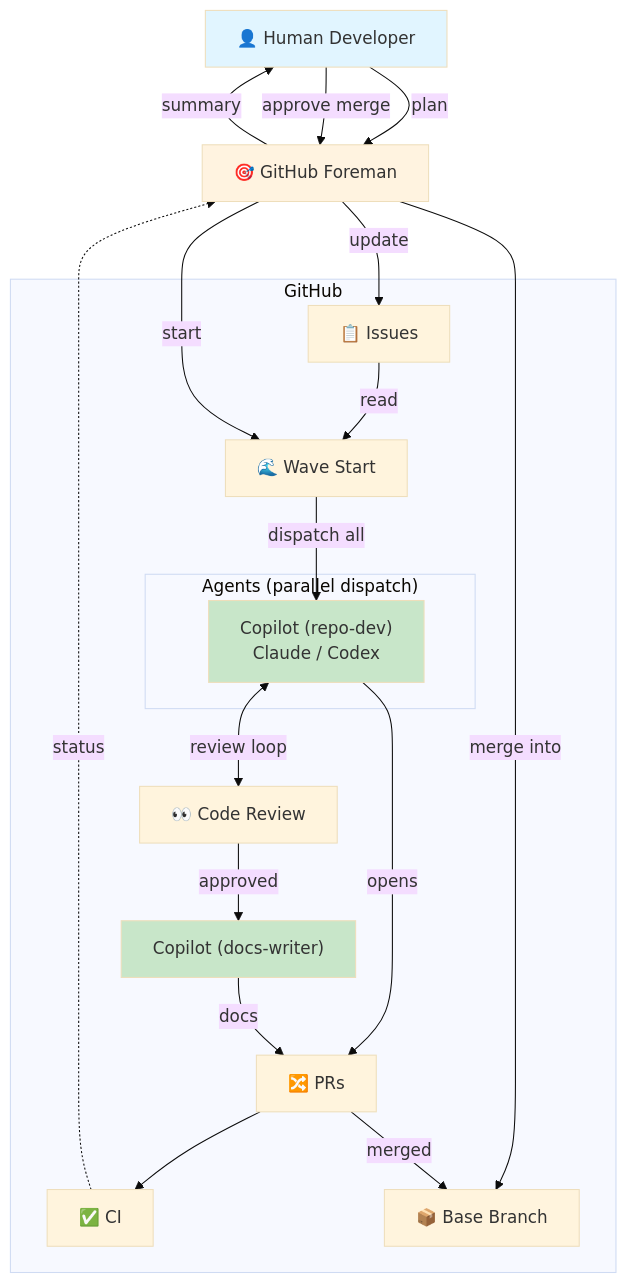
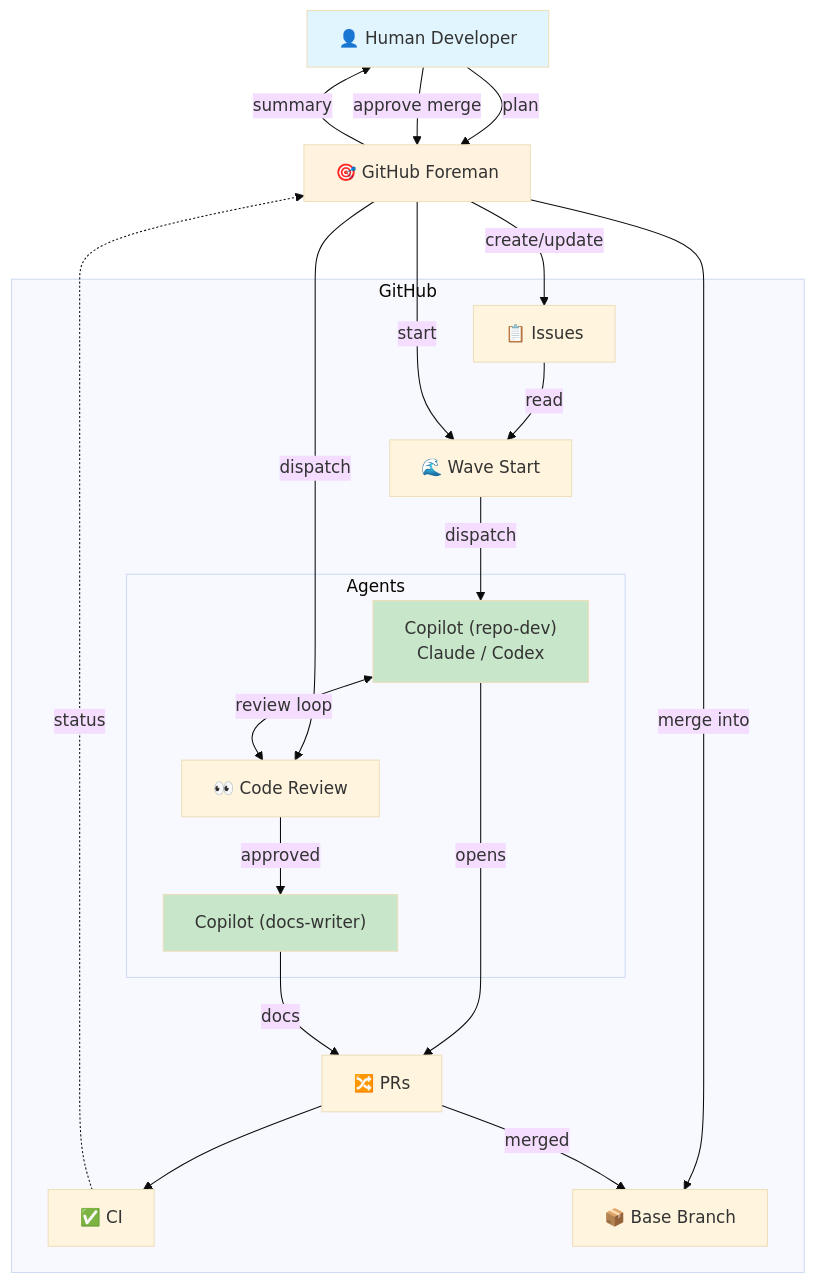
One commit to ewega/github-foreman changed the first of 2 diagrams in README.md. Above: the diagram before and after it, drawn with Mermaid (base theme).

Commit message:
Show Code Review as an Agent
- Move Code Review Agent into the Agents subgraph with working agents and docs-writer
- Simplify agent subgraph label from 'Agents (parallel dispatch)' to just 'Agents'
- Add explicit 'dispatch' action to Code Review Agent from Foreman
- Shows Code Review Agent as dispatched alongside working agents
- Clearer: all three agent types (working, review, docs) shown in same pool

````diff
--- a/README.md
+++ b/README.md
@@ -70,44 +70,45 @@
 ```mermaid
 graph TB
     H["👤 Human Developer"]
     F["🎯 GitHub Foreman"]
     
     subgraph github["GitHub"]
         Issues["📋 Issues"]
         WaveStart["🌊 Wave Start"]
         
-        subgraph agents["Agents (parallel dispatch)"]
+        subgraph agents["Agents"]
             Working["Copilot (repo-dev)<br/>Claude / Codex"]
+            CodeReview["👀 Code Review"]
+            DW["Copilot (docs-writer)"]
         end
         
-        CodeReview["👀 Code Review"]
-        DW["Copilot (docs-writer)"]
         PRs["🔀 PRs"]
         CI["✅ CI"]
         Base["📦 Base Branch"]
     end
     
     H -->|"plan"| F
-    F -->|"update"| Issues
+    F -->|"create/update"| Issues
     Issues -->|"read"| WaveStart
     F -->|"start"| WaveStart
-    WaveStart -->|"dispatch all"| Working
+    WaveStart -->|"dispatch"| Working
     Working -->|"opens"| PRs
     
+    F -->|"dispatch"| CodeReview
     Working <-->|"review loop"| CodeReview
     CodeReview -->|"approved"| DW
     
     DW -->|"docs"| PRs
     PRs --> CI
     
     CI -.->|"status"| F
     F -->|"summary"| H
     H -->|"approve merge"| F
     F -->|"merge into"| Base
     PRs -->|"merged"| Base
     
     style H fill:#e1f5ff
     style F fill:#fff3e0
     style Working fill:#c8e6c9
     style DW fill:#c8e6c9
 ```
````
